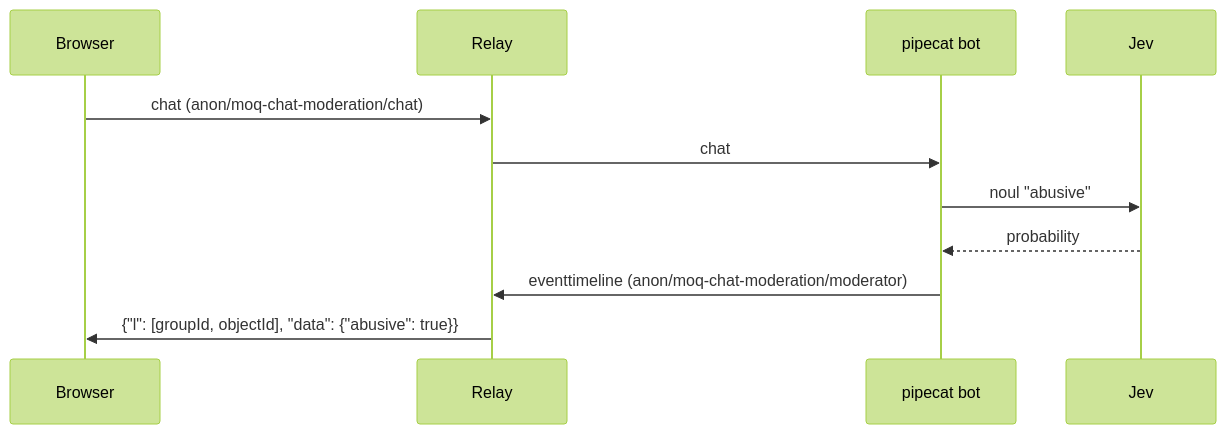
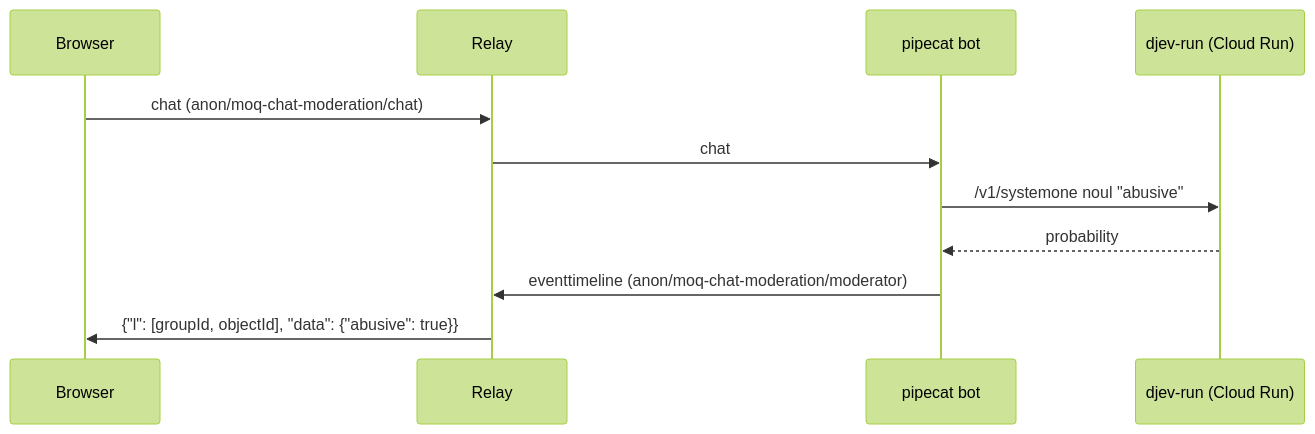
The diagram in examples/python/moq-chat-moderation/README.md (nttcom/moq-wasm), drawn with Mermaid (forest theme) before and after one commit. The commit also changed other lines of this file and 8 other files, not shown here.

First line of the commit message:
feat(examples): judge chat messages with djev-run on Cloud Run instead of the Jev API

````diff
--- a/examples/python/moq-chat-moderation/README.md
+++ b/examples/python/moq-chat-moderation/README.md
@@ -7,13 +7,13 @@
 ```mermaid
 sequenceDiagram
     participant B as Browser
     participant R as Relay
     participant P as pipecat bot
-    participant J as Jev
+    participant D as djev-run (Cloud Run)
     B->>R: chat (anon/moq-chat-moderation/chat)
     R->>P: chat
-    P->>J: noul "abusive"
-    J-->>P: probability
+    P->>D: /v1/systemone noul "abusive"
+    D-->>P: probability
     P->>R: eventtimeline (anon/moq-chat-moderation/moderator)
     R->>B: {"l": [groupId, objectId], "data": {"abusive": true}}
 ```
````
